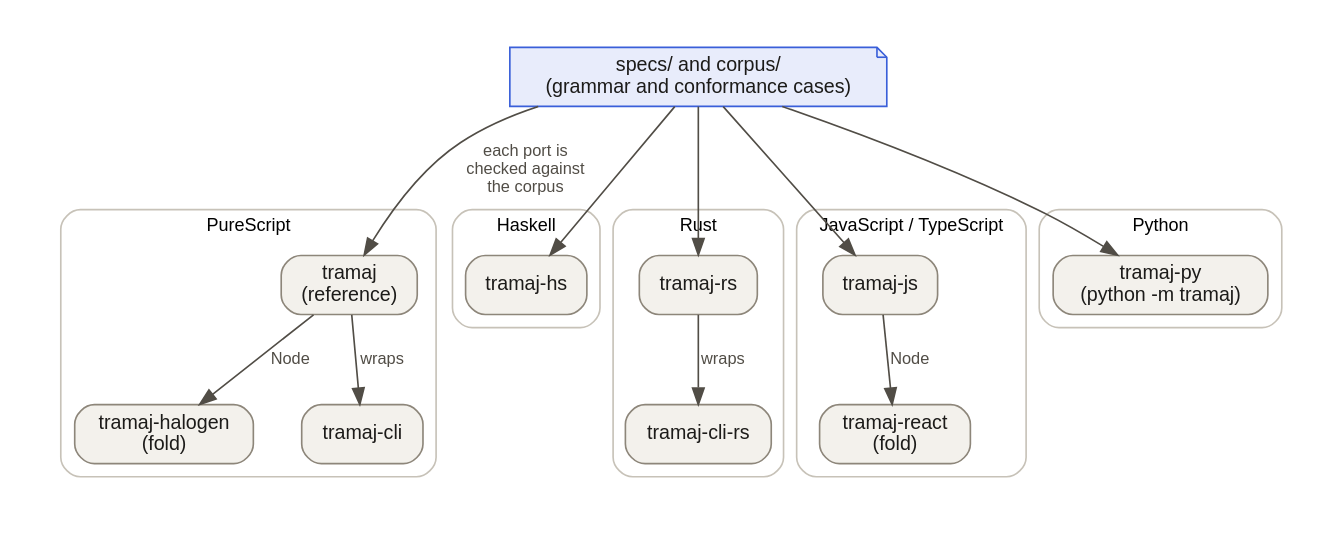
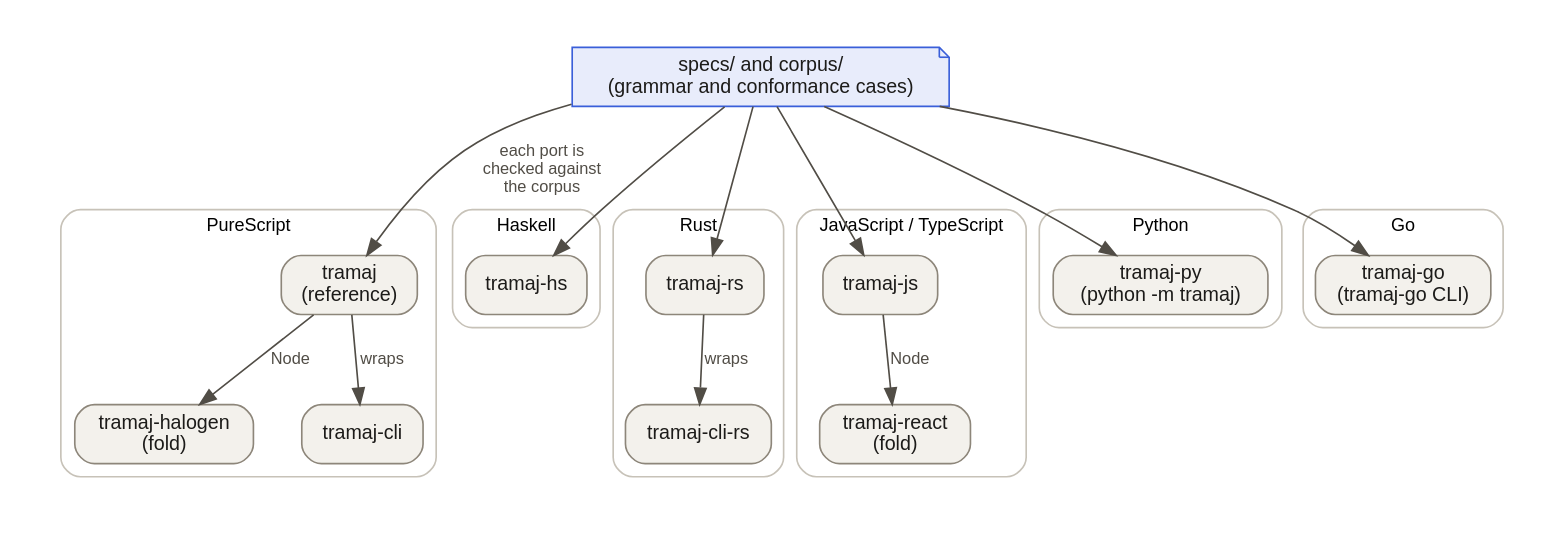
One commit to lucasdicioccio/tramaj changed the diagram in website/src/implementations.dot. Above: the diagram before and after it, drawn with Graphviz. The commit also changed 21 other files, not shown here.

```diff
--- a/website/src/implementations.dot
+++ b/website/src/implementations.dot
@@ -1,38 +1,42 @@
 digraph implementations {
   rankdir=TB;
   graph [bgcolor="#ffffff", pad=0.3, fontname="Helvetica", nodesep=0.4, ranksep=0.6, compound=true];
   node  [shape=box, style="rounded,filled", fillcolor="#f3f1ec", color="#8d867a", fontname="Helvetica", fontsize=12, fontcolor="#1c1b19"];
   edge  [color="#514d46", fontname="Helvetica", fontsize=10, fontcolor="#514d46"];
 
   spec [label="specs/ and corpus/\n(grammar and conformance cases)", shape=note, fillcolor="#e8ecfb", color="#3a5fd9"];
 
   subgraph cluster_ps { label="PureScript"; style="rounded"; color="#c7c2b8"; fontsize=11;
     ps   [label="tramaj\n(reference)"];
     hal  [label="tramaj-halogen\n(fold)"];
     pcli [label="tramaj-cli"];
   }
   subgraph cluster_hs { label="Haskell"; style="rounded"; color="#c7c2b8"; fontsize=11;
     hs [label="tramaj-hs"];
   }
   subgraph cluster_rs { label="Rust"; style="rounded"; color="#c7c2b8"; fontsize=11;
     rs   [label="tramaj-rs"];
     rcli [label="tramaj-cli-rs"];
   }
   subgraph cluster_js { label="JavaScript / TypeScript"; style="rounded"; color="#c7c2b8"; fontsize=11;
     js    [label="tramaj-js"];
     react [label="tramaj-react\n(fold)"];
   }
   subgraph cluster_py { label="Python"; style="rounded"; color="#c7c2b8"; fontsize=11;
     py [label="tramaj-py\n(python -m tramaj)"];
   }
+  subgraph cluster_go { label="Go"; style="rounded"; color="#c7c2b8"; fontsize=11;
+    go [label="tramaj-go\n(tramaj-go CLI)"];
+  }
 
   spec -> ps [label="each port is\nchecked against\nthe corpus"];
   spec -> hs;
   spec -> rs;
   spec -> js;
   spec -> py;
+  spec -> go;
   ps -> hal [label="Node"];
   ps -> pcli [label="wraps"];
   rs -> rcli [label="wraps"];
   js -> react [label="Node"];
 }
```
